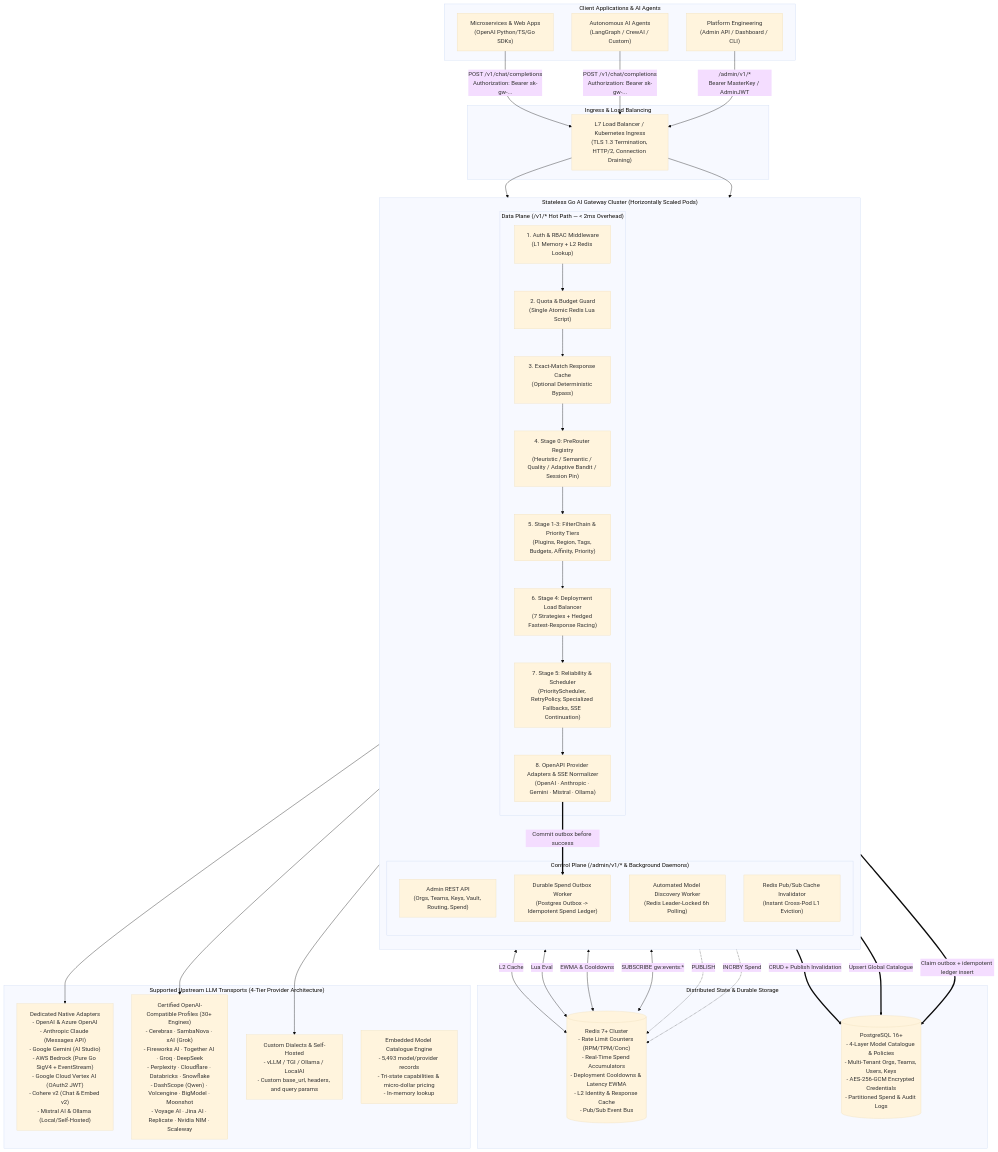
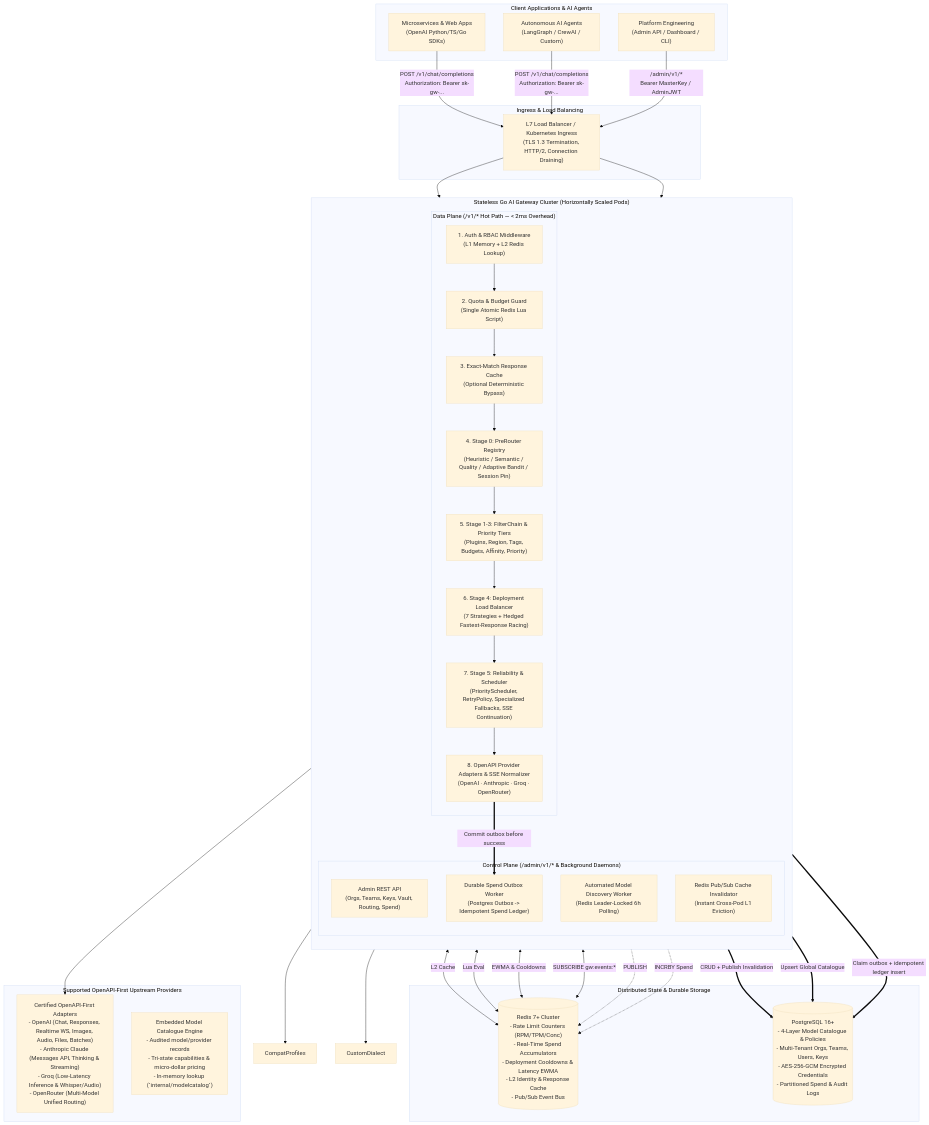
One commit to goroute-ai/ai-gateway-go changed the first of 6 diagrams in docs/ARCHITECTURE.md. Above: the diagram before and after it, drawn with Mermaid (base theme). The commit also changed other lines of this file and 325 other files, not shown here.

````diff
--- a/docs/ARCHITECTURE.md
+++ b/docs/ARCHITECTURE.md
@@ -111,65 +111,63 @@
 ```mermaid
 flowchart TB
     subgraph Clients["Client Applications & AI Agents"]
         App1["Microservices & Web Apps\n(OpenAI Python/TS/Go SDKs)"]
         App2["Autonomous AI Agents\n(LangGraph / CrewAI / Custom)"]
         Admin["Platform Engineering\n(Admin API / Dashboard / CLI)"]
     end
 
     subgraph Edge["Ingress & Load Balancing"]
         LB["L7 Load Balancer / Kubernetes Ingress\n(TLS 1.3 Termination, HTTP/2, Connection Draining)"]
     end
 
     subgraph Cluster["Stateless Go AI Gateway Cluster (Horizontally Scaled Pods)"]
         direction TB
         subgraph DataPlane["Data Plane (/v1/* Hot Path — < 2ms Overhead)"]
             AuthMW["1. Auth & RBAC Middleware\n(L1 Memory + L2 Redis Lookup)"]
             RateLimitMW["2. Quota & Budget Guard\n(Single Atomic Redis Lua Script)"]
             RespCache["3. Exact-Match Response Cache\n(Optional Deterministic Bypass)"]
             PreRouter["4. Stage 0: PreRouter Registry\n(Heuristic / Semantic / Quality / Adaptive Bandit / Session Pin)"]
             Stage1Router["5. Stage 1-3: FilterChain & Priority Tiers\n(Plugins, Region, Tags, Budgets, Affinity, Priority)"]
             Stage2LB["6. Stage 4: Deployment Load Balancer\n(7 Strategies + Hedged Fastest-Response Racing)"]
             Reliability["7. Stage 5: Reliability & Scheduler\n(PriorityScheduler, RetryPolicy, Specialized Fallbacks, SSE Continuation)"]
-            AdapterLayer["8. OpenAPI Provider Adapters & SSE Normalizer\n(OpenAI · Anthropic · Gemini · Mistral · Ollama)"]
+            AdapterLayer["8. OpenAPI Provider Adapters & SSE Normalizer\n(OpenAI · Anthropic · Groq · OpenRouter)"]
         end
 
         subgraph ControlPlane["Control Plane (/admin/v1/* & Background Daemons)"]
             AdminAPI["Admin REST API\n(Orgs, Teams, Keys, Vault, Routing, Spend)"]
             DiscoveryWorker["Automated Model Discovery Worker\n(Redis Leader-Locked 6h Polling)"]
             SpendWorker["Durable Spend Outbox Worker\n(Postgres Outbox -> Idempotent Spend Ledger)"]
             PubSubInvalidator["Redis Pub/Sub Cache Invalidator\n(Instant Cross-Pod L1 Eviction)"]
         end
     end
 
     subgraph BackingStores["Distributed State & Durable Storage"]
         Redis[("Redis 7+ Cluster\n- Rate Limit Counters (RPM/TPM/Conc)\n- Real-Time Spend Accumulators\n- Deployment Cooldowns & Latency EWMA\n- L2 Identity & Response Cache\n- Pub/Sub Event Bus")]
         Postgres[("PostgreSQL 16+\n- 4-Layer Model Catalogue & Policies\n- Multi-Tenant Orgs, Teams, Users, Keys\n- AES-256-GCM Encrypted Credentials\n- Partitioned Spend & Audit Logs")]
     end
 
-    subgraph Upstreams["Supported Upstream LLM Transports (4-Tier Provider Architecture)"]
-        Native["Dedicated Native Adapters\n- OpenAI & Azure OpenAI\n- Anthropic Claude (Messages API)\n- Google Gemini (AI Studio)\n- AWS Bedrock (Pure Go SigV4 + EventStream)\n- Google Cloud Vertex AI (OAuth2 JWT)\n- Cohere v2 (Chat & Embed v2)\n- Mistral AI & Ollama (Local/Self-Hosted)"]
-        CompatProfiles["Certified OpenAI-Compatible Profiles (30+ Engines)\n- Cerebras · SambaNova · xAI (Grok)\n- Fireworks AI · Together AI · Groq · DeepSeek\n- Perplexity · Cloudflare · Databricks · Snowflake\n- DashScope (Qwen) · Volcengine · BigModel · Moonshot\n- Voyage AI · Jina AI · Replicate · Nvidia NIM · Scaleway"]
-        CustomDialect["Custom Dialects & Self-Hosted\n- vLLM / TGI / Ollama / LocalAI\n- Custom base_url, headers, and query params"]
-        CatalogEngine["Embedded Model Catalogue Engine\n- 5,493 model/provider records\n- Tri-state capabilities & micro-dollar pricing\n- In-memory lookup"]
+    subgraph Upstreams["Supported OpenAPI-First Upstream Providers"]
+        Native["Certified OpenAPI-First Adapters\n- OpenAI (Chat, Responses, Realtime WS, Images, Audio, Files, Batches)\n- Anthropic Claude (Messages API, Thinking & Streaming)\n- Groq (Low-Latency Inference & Whisper/Audio)\n- OpenRouter (Multi-Model Unified Routing)"]
+        CatalogEngine["Embedded Model Catalogue Engine\n- Audited model/provider records\n- Tri-state capabilities & micro-dollar pricing\n- In-memory lookup (`internal/modelcatalog`)"]
     end
 
     App1 & App2 -->|"POST /v1/chat/completions\nAuthorization: Bearer sk-gw-..."| LB
     Admin -->|" /admin/v1/*\nBearer MasterKey / AdminJWT"| LB
     LB --> AuthMW
     LB --> AdminAPI
 
     AuthMW --> RateLimitMW --> RespCache --> PreRouter --> Stage1Router --> Stage2LB --> Reliability --> AdapterLayer
     AdapterLayer ==>|"Commit outbox before success"| SpendWorker
 
     AuthMW <-->|"L2 Cache"| Redis
     RateLimitMW <-->|"Lua Eval"| Redis
     Stage2LB <-->|"EWMA & Cooldowns"| Redis
     PubSubInvalidator <-->|"SUBSCRIBE gw:events:*"| Redis
     AdminAPI ==>|"CRUD + Publish Invalidation"| Postgres
     AdminAPI -.->|"PUBLISH"| Redis
     DiscoveryWorker ==>|"Upsert Global Catalogue"| Postgres
     SpendWorker ==>|"Claim outbox + idempotent ledger insert"| Postgres
     SpendWorker -.->|"INCRBY Spend"| Redis
 
     AdapterLayer --> Native & CompatProfiles & CustomDialect
 ```
````
